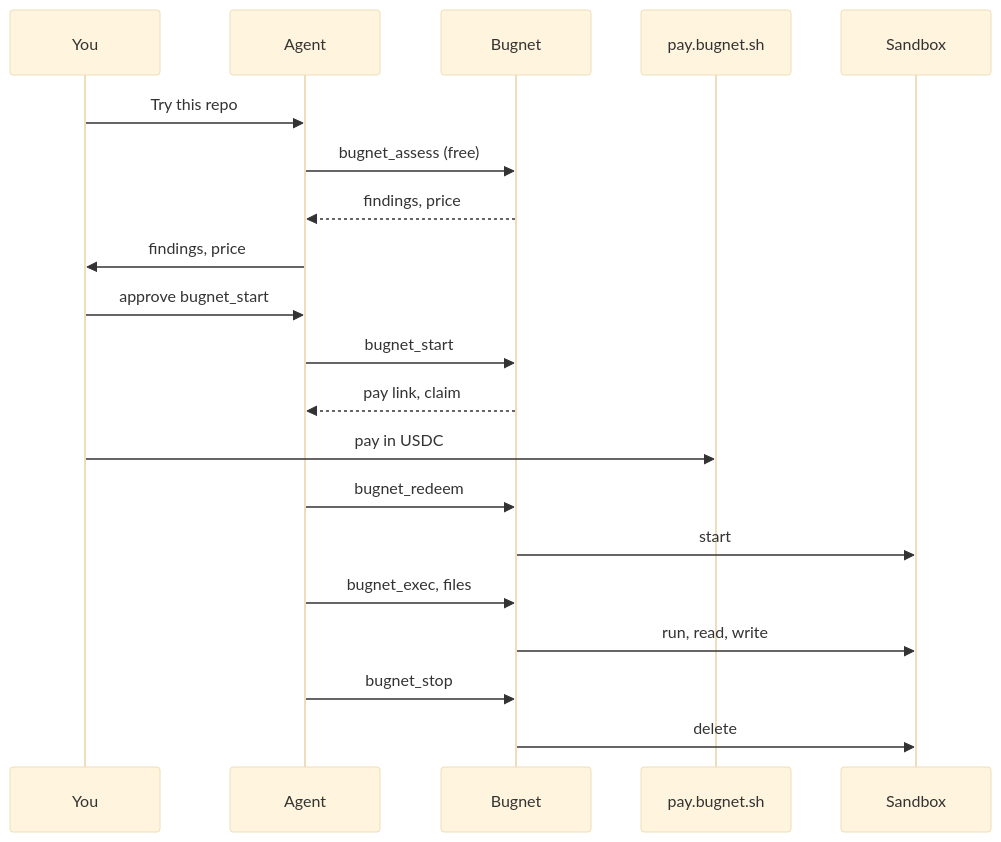
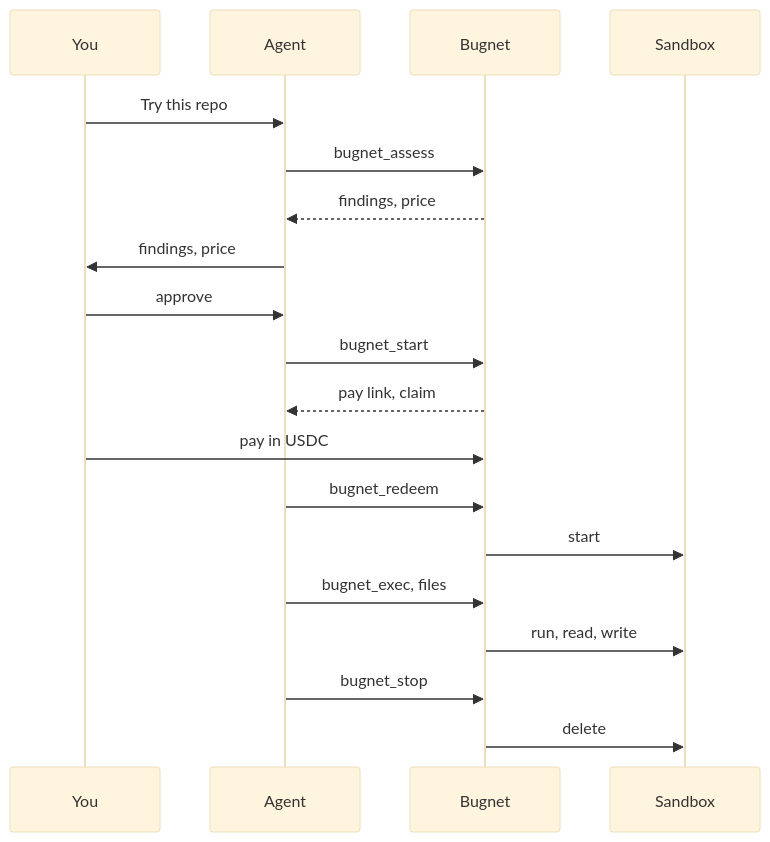
The diagram in packages/site/content/docs/get-started.md (bugnet-sh/website), drawn with Mermaid (base theme) before and after one commit. The commit also changed 3 other files, not shown here.

Commit message:
docs(site): diagrams fit the docs column: safety top-down, four participants in Get started, shorter labels

````diff
--- a/packages/site/content/docs/get-started.md
+++ b/packages/site/content/docs/get-started.md
@@ -18,22 +18,21 @@
 ```mermaid
 sequenceDiagram
     participant You
     participant Agent
     participant Bugnet
-    participant Pay as pay.bugnet.sh
     participant Sandbox
     You->>Agent: Try this repo
-    Agent->>Bugnet: bugnet_assess (free)
+    Agent->>Bugnet: bugnet_assess
     Bugnet-->>Agent: findings, price
     Agent->>You: findings, price
-    You->>Agent: approve bugnet_start
+    You->>Agent: approve
     Agent->>Bugnet: bugnet_start
     Bugnet-->>Agent: pay link, claim
-    You->>Pay: pay in USDC
+    You->>Bugnet: pay in USDC
     Agent->>Bugnet: bugnet_redeem
     Bugnet->>Sandbox: start
     Agent->>Bugnet: bugnet_exec, files
     Bugnet->>Sandbox: run, read, write
     Agent->>Bugnet: bugnet_stop
     Bugnet->>Sandbox: delete
 ```
````
